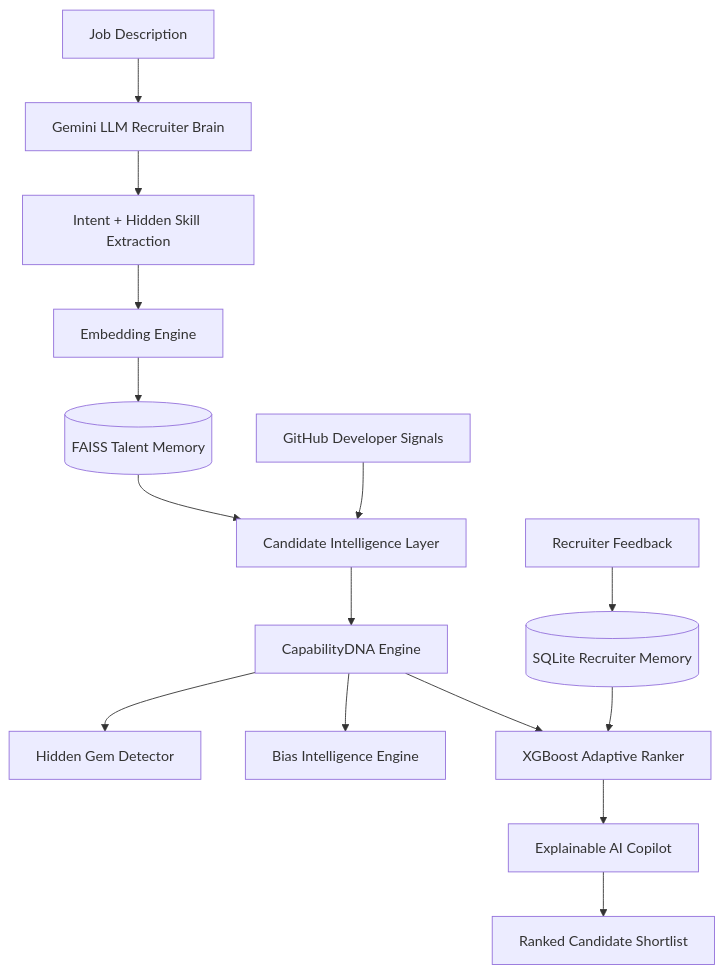
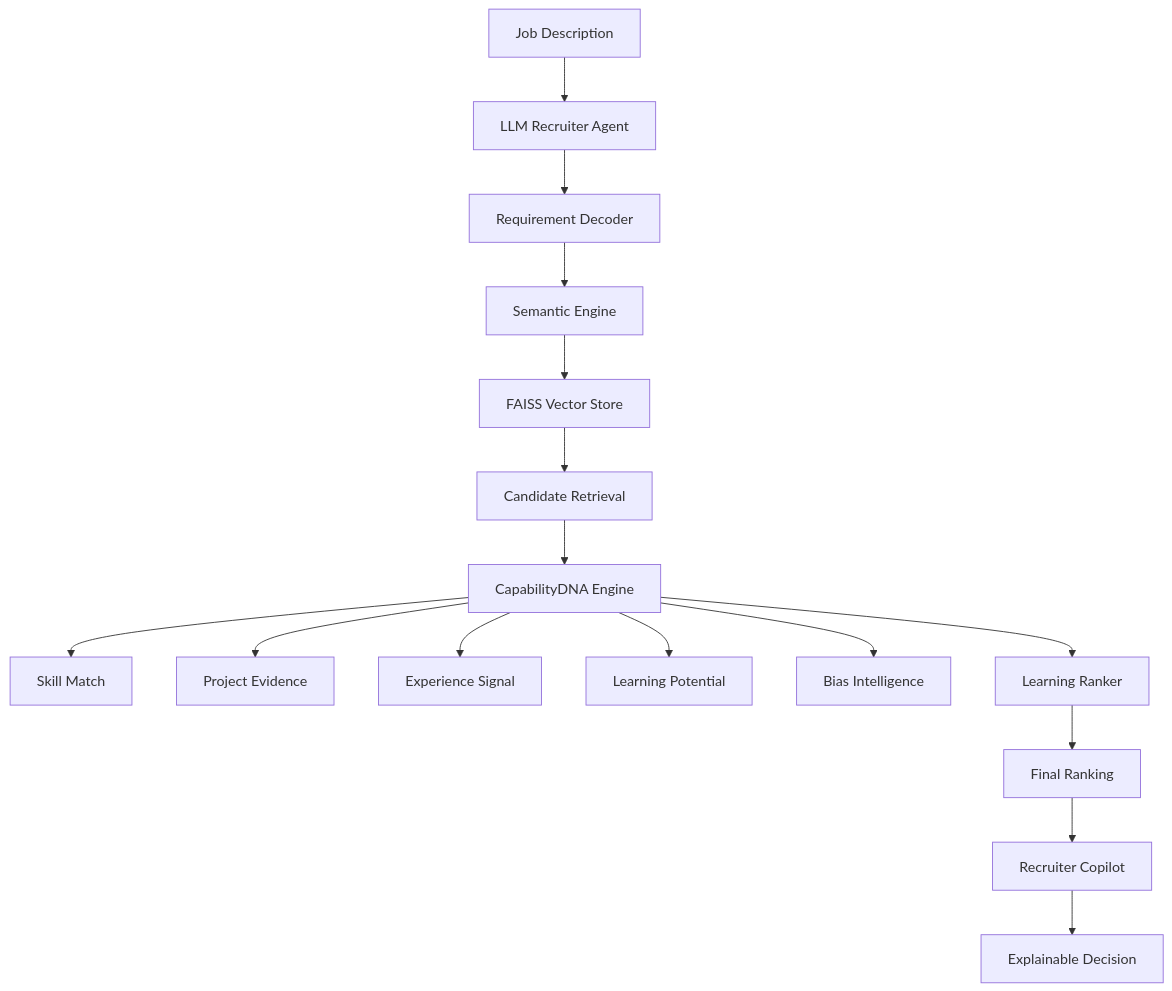
One commit to srishti-rautela/ContextRank-AI changed the diagram in README.md. Above: the diagram before and after it, drawn with Mermaid. The commit also changed other lines of this file, not shown here.

````diff
--- a/README.md
+++ b/README.md
@@ -99,57 +154,35 @@
 ```mermaid
-
 flowchart TD
-
 
 A[Job Description]
 
+A --> B[LLM Recruiter Agent]
 
-A --> B[Gemini LLM Recruiter Brain]
+B --> C[Requirement Decoder]
 
+C --> D[Semantic Engine]
 
-B --> C[Intent + Hidden Skill Extraction]
+D --> E[FAISS Vector Store]
 
-
-C --> D[Embedding Engine]
-
-
-D --> E[(FAISS Talent Memory)]
-
-
-E --> F[Candidate Intelligence Layer]
-
-
-Github[GitHub Developer Signals]
-
-
-Github --> F
-
+E --> F[Candidate Retrieval]
 
 F --> G[CapabilityDNA Engine]
 
 
-G --> H[Hidden Gem Detector]
+G --> H[Skill Match]
+G --> I[Project Evidence]
+G --> J[Experience Signal]
+G --> K[Learning Potential]
 
 
-G --> I[Bias Intelligence Engine]
+G --> L[Bias Intelligence]
 
+G --> M[Learning Ranker]
 
-G --> J[XGBoost Adaptive Ranker]
+M --> N[Final Ranking]
 
+N --> O[Recruiter Copilot]
 
-Feedback[Recruiter Feedback]
-
-
-Feedback --> DB[(SQLite Recruiter Memory)]
-
-
-DB --> J
-
-
-J --> K[Explainable AI Copilot]
-
-
-K --> L[Ranked Candidate Shortlist]
-
+O --> P[Explainable Decision]
 
 ```
````
